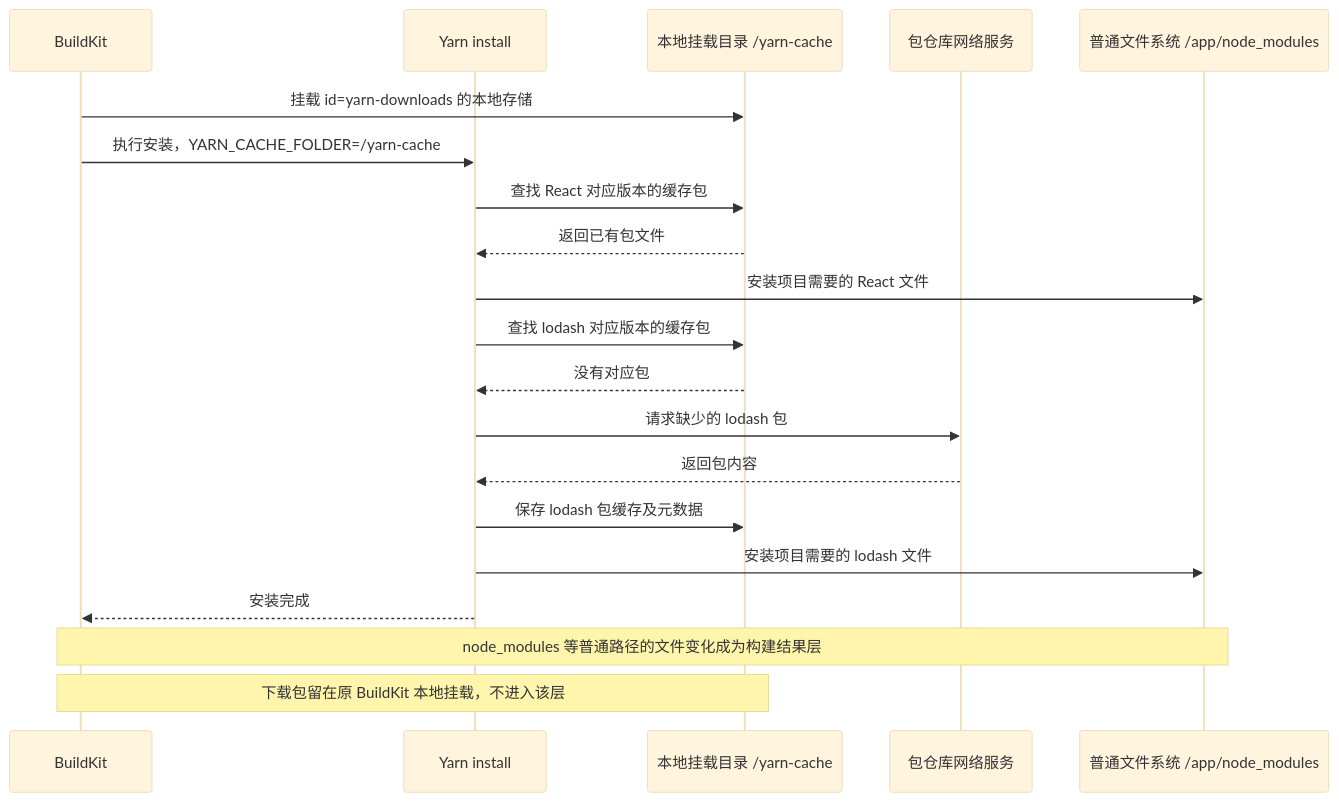
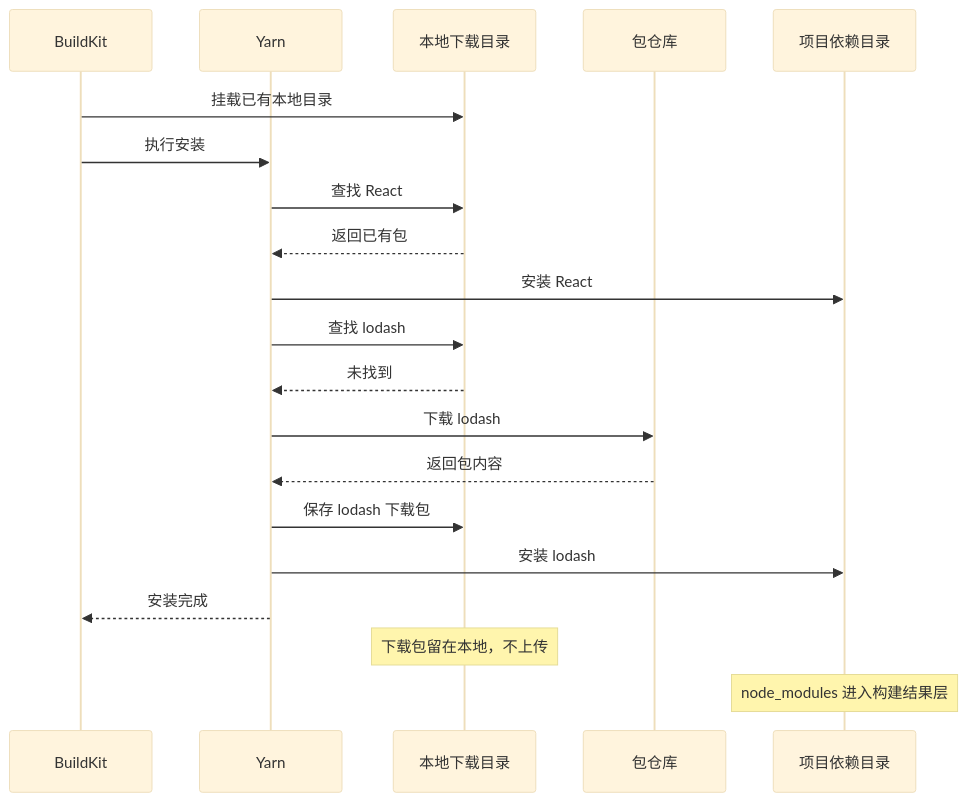
The fourth of 4 diagrams in docs/buildkit-tutorial.md (dddddd889/buildkit), drawn with Mermaid (base theme) before and after one commit. The commit also changed other lines of this file, not shown here.

Commit message:
docs: 简化 Mermaid 时序图标签与注释

````diff
--- a/docs/buildkit-tutorial.md
+++ b/docs/buildkit-tutorial.md
@@ -1650,23 +1651,24 @@
 ```mermaid
 sequenceDiagram
     participant B as BuildKit
-    participant Y as Yarn install
-    participant C as 本地挂载目录 /yarn-cache
-    participant N as 包仓库网络服务
-    participant L as 普通文件系统 /app/node_modules
+    participant Y as Yarn
+    participant C as 本地下载目录
+    participant N as 包仓库
+    participant L as 项目依赖目录
 
-    B->>C: 挂载 id=yarn-downloads 的本地存储
-    B->>Y: 执行安装，YARN_CACHE_FOLDER=/yarn-cache
-    Y->>C: 查找 React 对应版本的缓存包
-    C-->>Y: 返回已有包文件
-    Y->>L: 安装项目需要的 React 文件
-    Y->>C: 查找 lodash 对应版本的缓存包
-    C-->>Y: 没有对应包
-    Y->>N: 请求缺少的 lodash 包
+    B->>C: 挂载已有本地目录
+    B->>Y: 执行安装
+    Y->>C: 查找 React
+    C-->>Y: 返回已有包
+    Y->>L: 安装 React
+    Y->>C: 查找 lodash
+    C-->>Y: 未找到
+    Y->>N: 下载 lodash
     N-->>Y: 返回包内容
-    Y->>C: 保存 lodash 包缓存及元数据
-    Y->>L: 安装项目需要的 lodash 文件
+    Y->>C: 保存 lodash 下载包
+    Y->>L: 安装 lodash
     Y-->>B: 安装完成
-    Note over B,L: node_modules 等普通路径的文件变化成为构建结果层
-    Note over B,C: 下载包留在原 BuildKit 本地挂载，不进入该层
+
+    Note over C: 下载包留在本地，不上传
+    Note over L: node_modules 进入构建结果层
 ```
````
